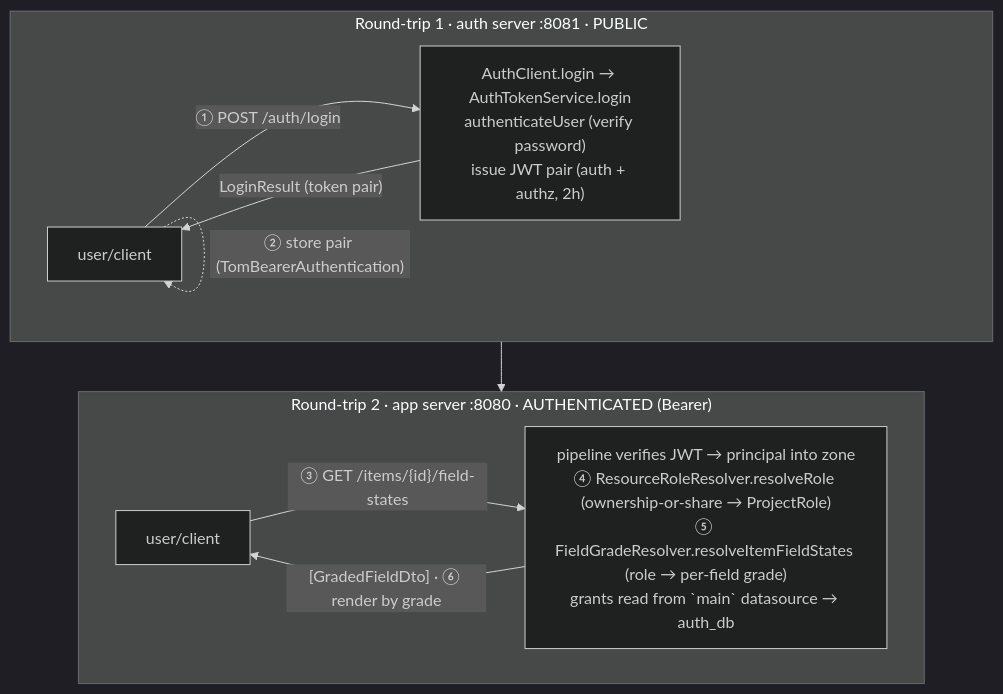
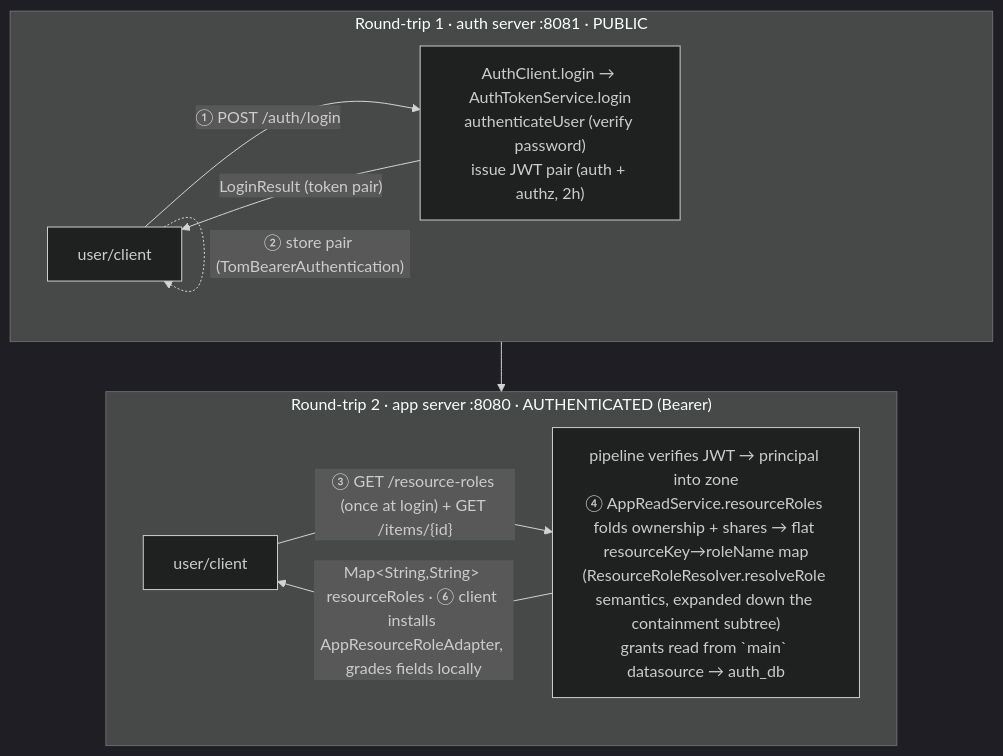
The diagram in tom_core_samples/README_advanced_A3_request_lifecycle.md (al-the-bear/tom_core), drawn with Mermaid (dark theme) before and after one commit. The commit also changed other lines of this file and 24 other files, not shown here.

First line of the commit message:
tom_core_samples: RCB6 — delete orphaned server itemFieldStates read path

````diff
--- a/tom_core_samples/README_advanced_A3_request_lifecycle.md
+++ b/tom_core_samples/README_advanced_A3_request_lifecycle.md
@@ -46,13 +52,13 @@
 ```mermaid
 graph TB
   subgraph RT1["Round-trip 1 · auth server :8081 · PUBLIC"]
     u1[user/client] -- "① POST /auth/login" --> at["AuthClient.login → AuthTokenService.login<br/>authenticateUser (verify password)<br/>issue JWT pair (auth + authz, 2h)"]
     at -- "LoginResult (token pair)" --> u1
     u1 -. "② store pair (TomBearerAuthentication)" .-> u1
   end
   subgraph RT2["Round-trip 2 · app server :8080 · AUTHENTICATED (Bearer)"]
-    u2[user/client] -- "③ GET /items/{id}/field-states" --> pipe["pipeline verifies JWT → principal into zone<br/>④ ResourceRoleResolver.resolveRole (ownership-or-share → ProjectRole)<br/>⑤ FieldGradeResolver.resolveItemFieldStates (role → per-field grade)<br/>grants read from `main` datasource → auth_db"]
-    pipe -- "[GradedFieldDto] · ⑥ render by grade" --> u2
+    u2[user/client] -- "③ GET /resource-roles (once at login) + GET /items/{id}" --> pipe["pipeline verifies JWT → principal into zone<br/>④ AppReadService.resourceRoles folds ownership + shares → flat resourceKey→roleName map<br/>(ResourceRoleResolver.resolveRole semantics, expanded down the containment subtree)<br/>grants read from `main` datasource → auth_db"]
+    pipe -- "Map&lt;String,String&gt; resourceRoles · ⑥ client installs AppResourceRoleAdapter, grades fields locally" --> u2
   end
   RT1 --> RT2
 ```
````
